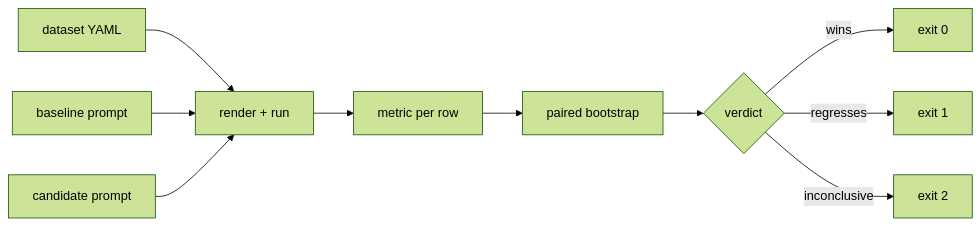
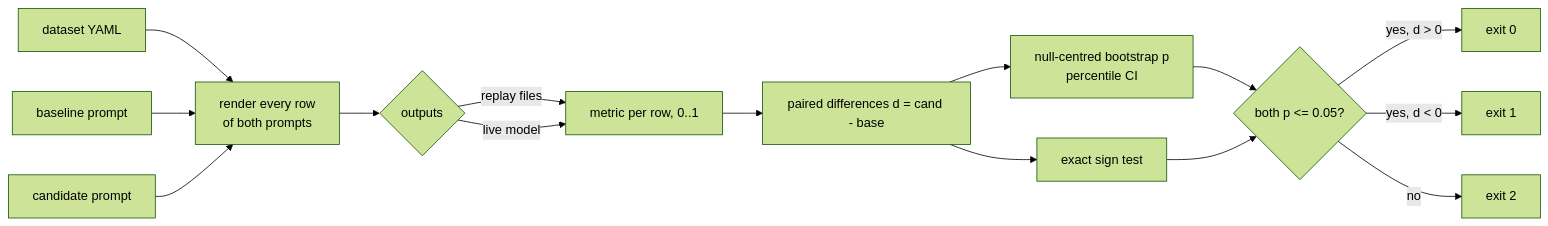
Before and after one commit to darrshangovender/prompt-eval-toolkit: the diagram in README.md, drawn with Mermaid (forest theme). The commit also changed other lines of this file and 24 other files, not shown here.

````diff
--- a/README.md
+++ b/README.md
@@ -66,12 +85,17 @@
 ```mermaid
 flowchart LR
-    D[dataset YAML] --> R[render + run]
+    D[dataset YAML] --> R["render every row<br/>of both prompts"]
     P1[baseline prompt] --> R
     P2[candidate prompt] --> R
-    R --> M[metric per row]
-    M --> B[paired bootstrap]
-    B --> V{verdict}
-    V -->|wins| E0[exit 0]
-    V -->|regresses| E1[exit 1]
-    V -->|inconclusive| E2[exit 2]
+    R --> O{"outputs"}
+    O -->|replay files| M
+    O -->|live model| M[metric per row, 0..1]
+    M --> B["paired differences d = cand - base"]
+    B --> BS["null-centred bootstrap p<br/>percentile CI"]
+    B --> SG["exact sign test"]
+    BS --> V{"both p <= 0.05?"}
+    SG --> V
+    V -->|"yes, d > 0"| E0[exit 0]
+    V -->|"yes, d < 0"| E1[exit 1]
+    V -->|no| E2[exit 2]
 ```
````
